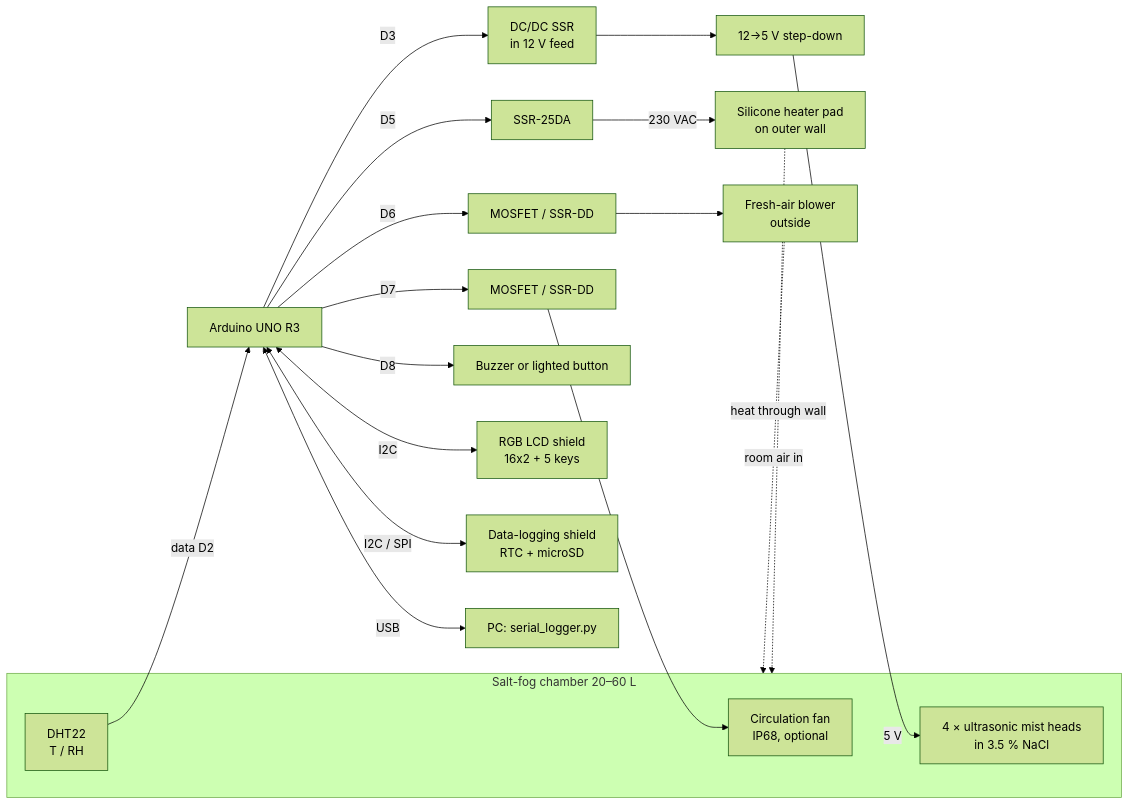
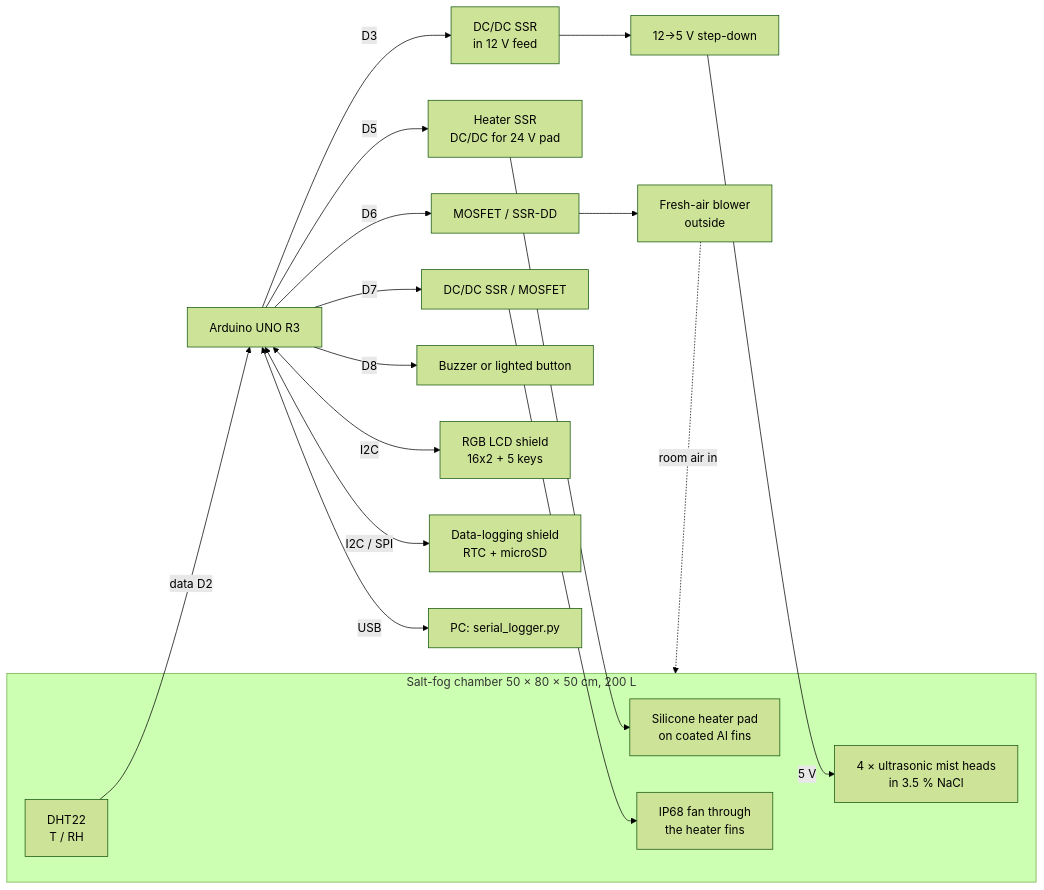
One commit to iisangon-gif/Stress-Corrosion-Cracking-Test-Chamber changed the diagram in docs/control-design.md. Above: the diagram before and after it, drawn with Mermaid (forest theme). The commit also changed other lines of this file and 9 other files, not shown here.

First line of the commit message:
200 L plastic chamber with in-chamber heater module; fix stalled integral

````diff
--- a/docs/control-design.md
+++ b/docs/control-design.md
@@ -19,19 +20,19 @@
 ```mermaid
 flowchart LR
-    subgraph Chamber["Salt-fog chamber 20–60 L"]
+    subgraph Chamber["Salt-fog chamber 50 × 80 × 50 cm, 200 L"]
         DHT[DHT22<br/>T / RH]
         MIST[4 × ultrasonic mist heads<br/>in 3.5 % NaCl]
-        CF[Circulation fan<br/>IP68, optional]
+        HTR[Silicone heater pad<br/>on coated Al fins]
+        CF[IP68 fan through<br/>the heater fins]
     end
-    HTR[Silicone heater pad<br/>on outer wall] -. heat through wall .-> Chamber
     FA[Fresh-air blower<br/>outside] -. room air in .-> Chamber
     DHT -- data D2 --> UNO
     UNO[Arduino UNO R3] -- D3 --> M1[DC/DC SSR<br/>in 12 V feed] --> BK[12→5 V step-down] -- 5 V --> MIST
-    UNO -- D5 --> S1[SSR-25DA] -- 230 VAC --> HTR
+    UNO -- D5 --> S1[Heater SSR<br/>DC/DC for 24 V pad] --> HTR
     UNO -- D6 --> M2[MOSFET / SSR-DD] --> FA
-    UNO -- D7 --> M3[MOSFET / SSR-DD] --> CF
+    UNO -- D7 --> M3[DC/DC SSR / MOSFET] --> CF
     UNO -- D8 --> AL[Buzzer or lighted button]
     UNO <-- I2C --> LCD[RGB LCD shield<br/>16x2 + 5 keys]
     UNO <-- I2C / SPI --> LOG[Data-logging shield<br/>RTC + microSD]
     UNO <-- USB --> PC[PC: serial_logger.py]
 ```
````
